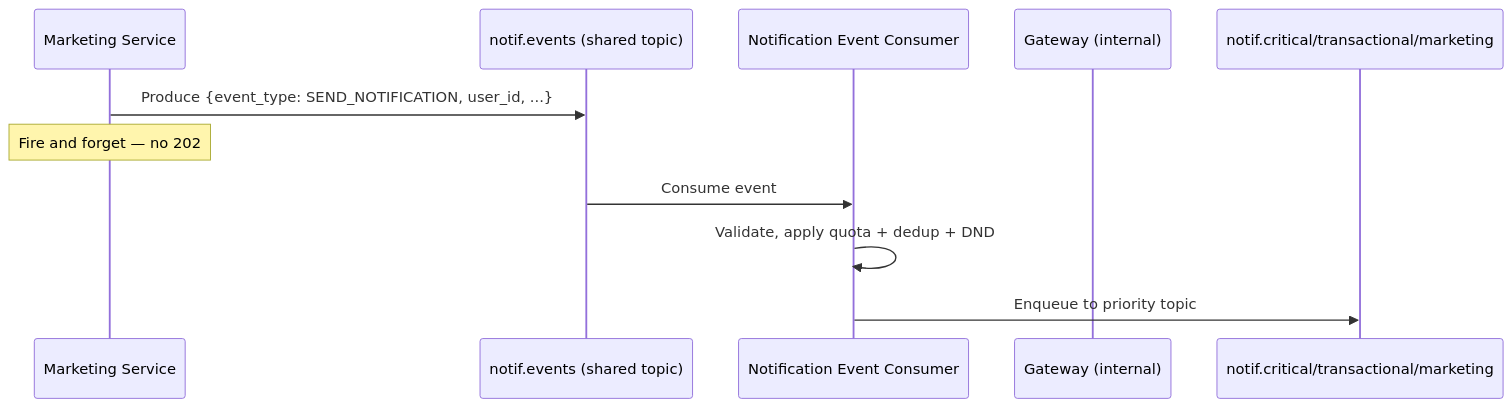
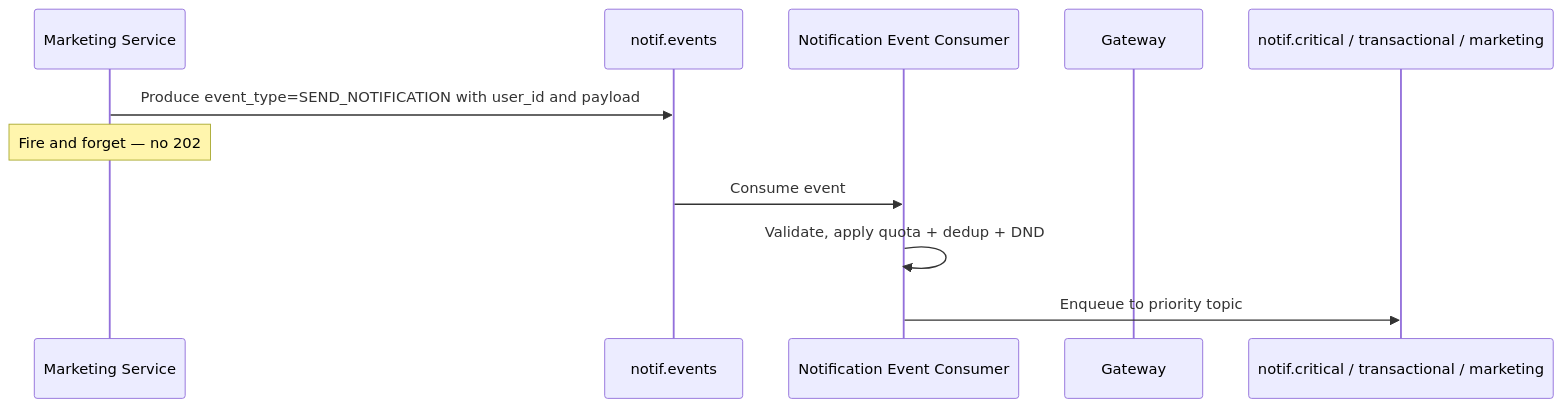
One commit to bindian0509/system-design changed the fifth of 7 diagrams in notification-service/design/integration-patterns.md. Above: the diagram before and after it, drawn with Mermaid. The commit also changed other lines of this file and 9 other files, not shown here.

Commit message:
fixing mermaid

````diff
--- a/notification-service/design/integration-patterns.md
+++ b/notification-service/design/integration-patterns.md
@@ -170,15 +170,15 @@
 ```mermaid
 sequenceDiagram
     participant S as Marketing Service
-    participant KafkaNE as notif.events (shared topic)
+    participant KafkaNE as notif.events
     participant NotifConsumer as Notification Event Consumer
-    participant GW as Gateway (internal)
-    participant Kafka as notif.critical/transactional/marketing
+    participant GW as Gateway
+    participant KafkaP as notif.critical / transactional / marketing
 
-    S->>KafkaNE: Produce {event_type: SEND_NOTIFICATION, user_id, ...}
+    S->>KafkaNE: Produce event_type=SEND_NOTIFICATION with user_id and payload
     Note over S: Fire and forget — no 202
 
     KafkaNE->>NotifConsumer: Consume event
     NotifConsumer->>NotifConsumer: Validate, apply quota + dedup + DND
-    NotifConsumer->>Kafka: Enqueue to priority topic
+    NotifConsumer->>KafkaP: Enqueue to priority topic
 ```
````
